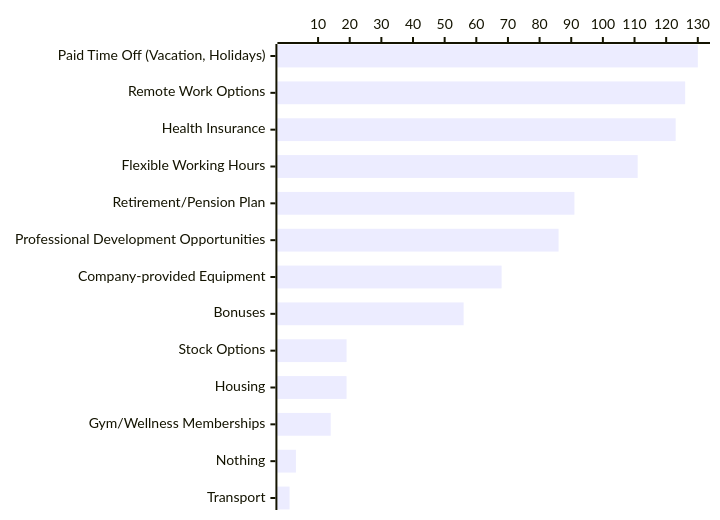
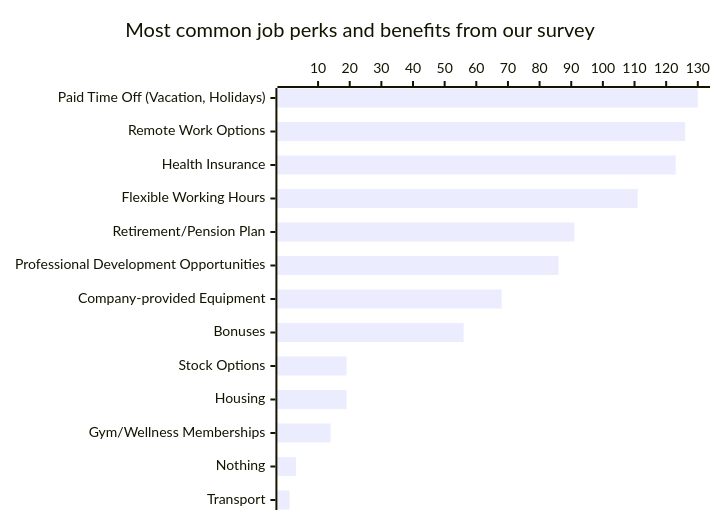
The tenth of 10 diagrams in website/docs/insights/remuneration.md (Fcmam5/state-of-dz-swe-2024), drawn with Mermaid before and after one commit. The commit also changed other lines of this file, not shown here.

````diff
--- a/website/docs/insights/remuneration.md
+++ b/website/docs/insights/remuneration.md
@@ -220,5 +220,5 @@
 ```mermaid
-xychart-beta horizontal
+xychart-beta horizontal title "Most common job perks and benefits from our survey"
   x-axis ["Paid Time Off (Vacation, Holidays)","Remote Work Options","Health Insurance","Flexible Working Hours","Retirement/Pension Plan","Professional Development Opportunities","Company-provided Equipment","Bonuses","Stock Options","Housing","Gym/Wellness Memberships","Nothing","Transport"]
   bar [130,126,123,111,91,86,68,56,19,19,14,3,1]
 ```
````
